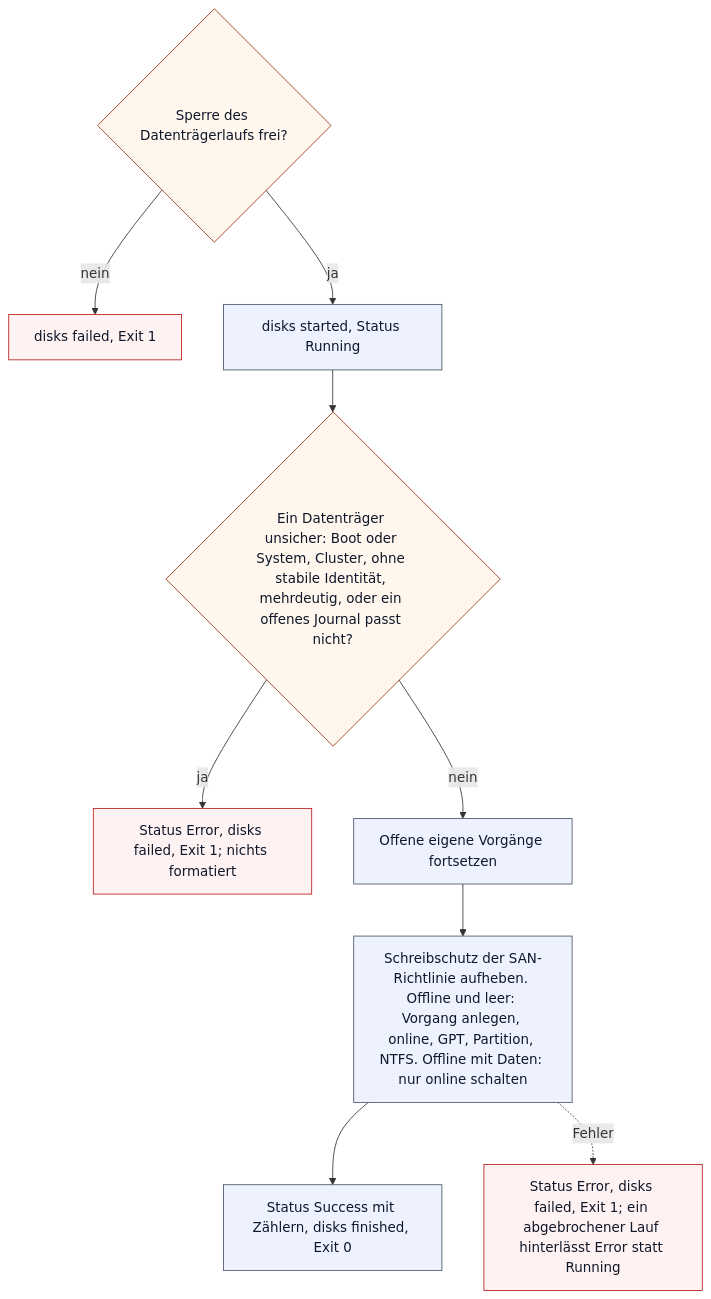
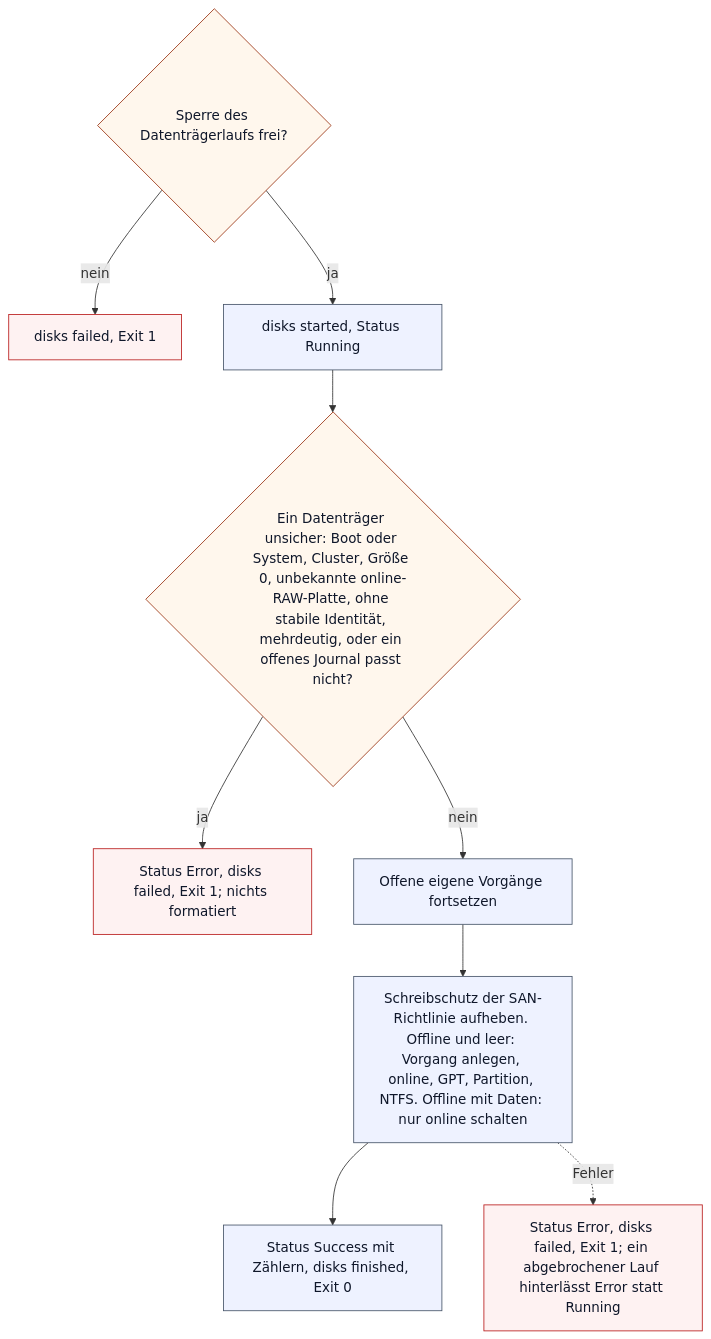
The fourth of 7 diagrams in docs/operations/client-flows.md (Samy94M/VirtuSphere-v2-WebApp), drawn with Mermaid before and after one commit. The commit also changed other lines of this file, not shown here.

Commit message:
docs(clients): disk blockers and wrapper log folder as the scripts do
The disk phase also blocks size-0 disks and unknown online RAW disks; the
wrapper writes its logs under PackageWrapper\<package id> with a
protected ACL, and an unsafe log root switches off only those logs.

Claude-Session: https://claude.ai/code/session_01GKxhfc56igWhkwCRpC7Uw1

````diff
--- a/docs/operations/client-flows.md
+++ b/docs/operations/client-flows.md
@@ -87,17 +87,17 @@
 ```mermaid
 flowchart TD
     lock{"Sperre des Datenträgerlaufs frei?"} -->|nein| failed_lock["disks failed, Exit 1"]
     lock -->|ja| running["disks started, Status Running"]
-    running --> blockers{"Ein Datenträger unsicher: Boot oder System, Cluster, ohne stabile Identität, mehrdeutig, oder ein offenes Journal passt nicht?"}
+    running --> blockers{"Ein Datenträger unsicher: Boot oder System, Cluster, Größe 0, unbekannte online-RAW-Platte, ohne stabile Identität, mehrdeutig, oder ein offenes Journal passt nicht?"}
     blockers -->|ja| failed_block["Status Error, disks failed, Exit 1; nichts formatiert"]
     blockers -->|nein| resume["Offene eigene Vorgänge fortsetzen"]
     resume --> offline["Schreibschutz der SAN-Richtlinie aufheben. Offline und leer: Vorgang anlegen, online, GPT, Partition, NTFS. Offline mit Daten: nur online schalten"]
     offline --> success["Status Success mit Zählern, disks finished, Exit 0"]
     offline -.->|Fehler| failed_run["Status Error, disks failed, Exit 1; ein abgebrochener Lauf hinterlässt Error statt Running"]
     classDef step fill:#eef2ff,stroke:#475569,color:#0f172a;
     classDef decision fill:#fff7ed,stroke:#9a3412,color:#0f172a;
     classDef blocked fill:#fef2f2,stroke:#b91c1c,color:#0f172a;
     class running,resume,offline,success step;
     class lock,blockers decision;
     class failed_lock,failed_block,failed_run blocked;
 ```
````
